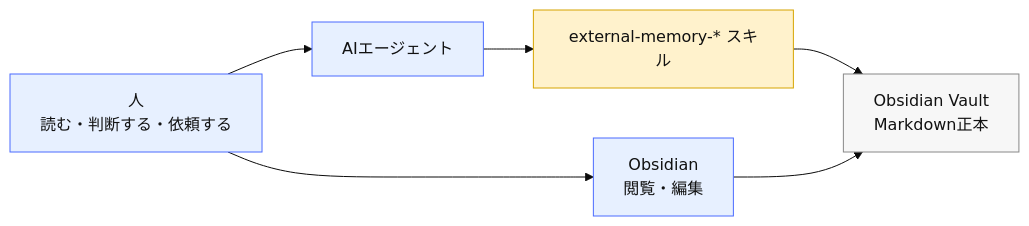
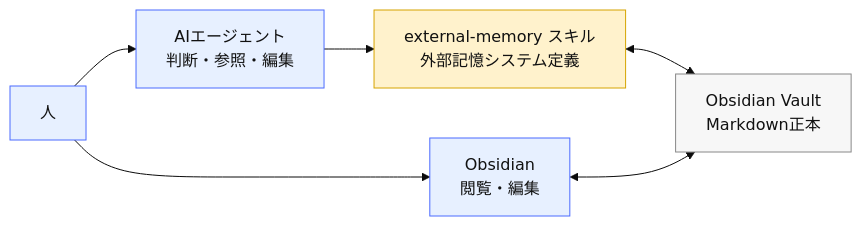
One commit to GKLFBOX/agent-config changed the first of 3 diagrams in vault/Home.md. Above: the diagram before and after it, drawn with Mermaid (base theme). The commit also changed other lines of this file and 18 other files, not shown here.

````diff
--- a/vault/Home.md
+++ b/vault/Home.md
@@ -34,15 +36,15 @@
 ```mermaid
 flowchart LR
-    Human["人<br/>読む・判断する・依頼する"] --> Agents["AIエージェント"]
-    Agents --> Skills["external-memory-* スキル"]
-    Skills --> Vault["Obsidian Vault<br/>Markdown正本"]
+    Human["人"] --> Agents["AIエージェント<br/>判断・参照・編集"]
+    Agents --> Skills["external-memory スキル<br/>外部記憶システム定義"]
+    Skills <--> Vault["Obsidian Vault<br/>Markdown正本"]
     Human --> Obsidian["Obsidian<br/>閲覧・編集"]
-    Obsidian --> Vault
+    Obsidian <--> Vault
 
     classDef actor fill:#e7f0ff,stroke:#4b6bff,color:#111;
     classDef data fill:#f7f7f7,stroke:#888,color:#111;
     classDef process fill:#fff2cc,stroke:#d6a400,color:#111;
     class Human,Agents,Obsidian actor;
     class Vault data;
     class Skills process;
 ```
````
